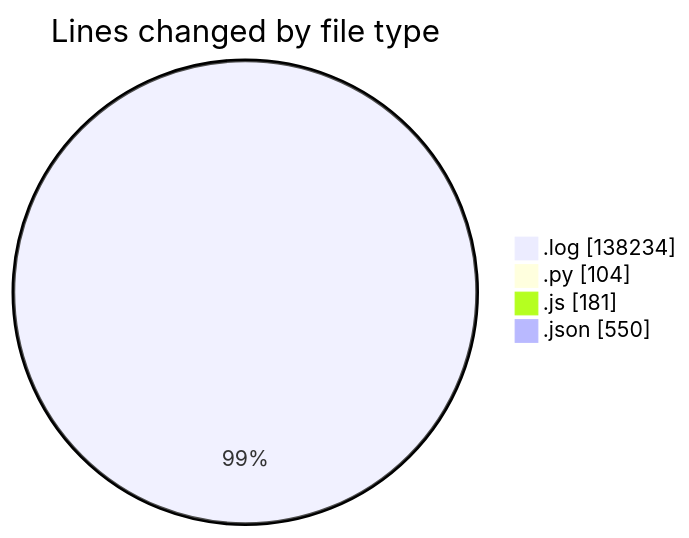
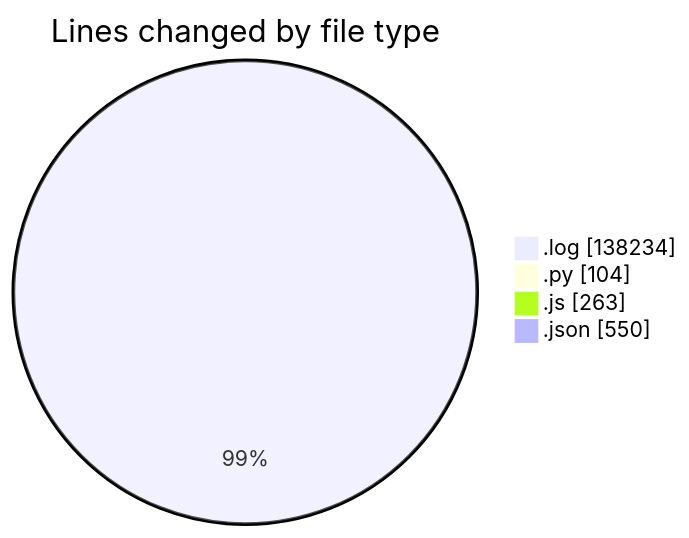
The first of 2 diagrams in 2025-04-10/nxtqube_webapp/README.md (nxtqubesakshisongat/code-tracking), drawn with Mermaid before and after one commit. The commit also changed other lines of this file and 1 other file, not shown here.

````diff
--- a/2025-04-10/nxtqube_webapp/README.md
+++ b/2025-04-10/nxtqube_webapp/README.md
@@ -23,8 +23,8 @@
 ```mermaid
 pie showData
 title Lines changed by file type
 ".log" : 138234
 ".py" : 104
-".js" : 181
+".js" : 263
 ".json" : 550
 ```
````
